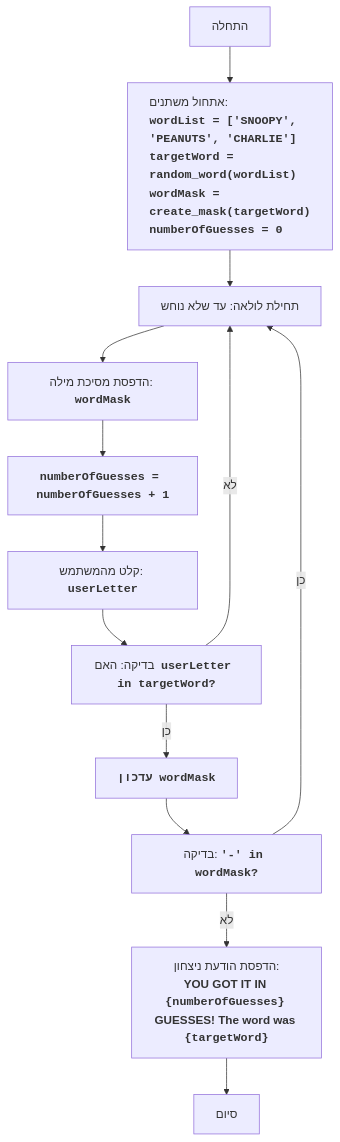
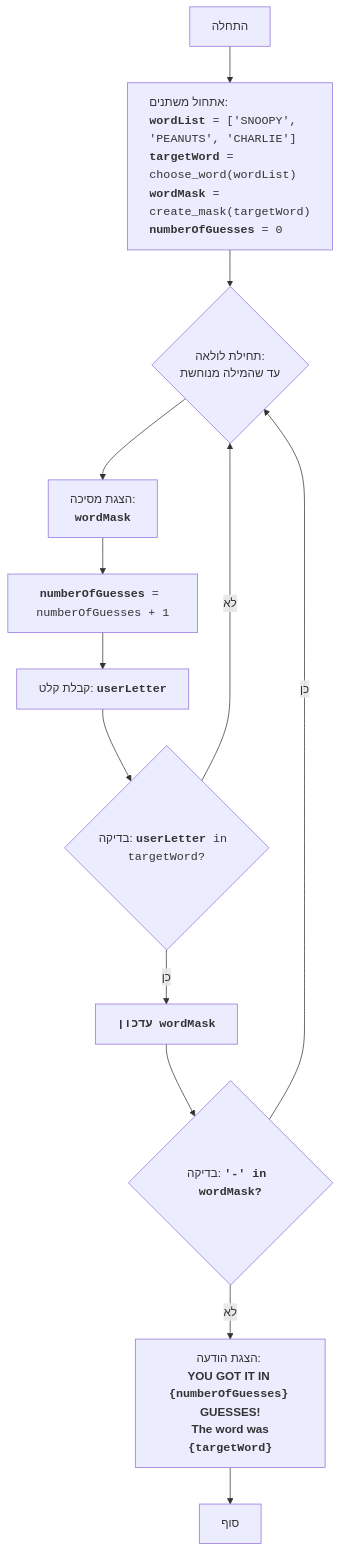
One commit to hypo69/hypo changed the diagram in docs/gemini/he/explainer/src/endpoints/ai_games/101_basic_computer_games/ru/GAMES/SNOOPY/snoopy.py.md. Above: the diagram before and after it, drawn with Mermaid. The commit also changed other lines of this file and 885 other files, not shown here.

````diff
--- a/docs/gemini/he/explainer/src/endpoints/ai_games/101_basic_computer_games/ru/GAMES/SNOOPY/snoopy.py.md
+++ b/docs/gemini/he/explainer/src/endpoints/ai_games/101_basic_computer_games/ru/GAMES/SNOOPY/snoopy.py.md
@@ -25,15 +34,15 @@
 ```mermaid
 flowchart TD
-    Start["התחלה"] --> InitializeVariables["<p align='left'>אתחול משתנים:<br><code><b>wordList = ['SNOOPY', 'PEANUTS', 'CHARLIE']</b></code><br><code><b>targetWord = random_word(wordList)</b></code><br><code><b>wordMask = create_mask(targetWord)</b></code><br><code><b>numberOfGuesses = 0</b></code></p>"]
-    InitializeVariables --> LoopStart["תחילת לולאה: עד שלא נוחש"]
-    LoopStart --> OutputMask["הדפסת מסיכת מילה: <code><b>wordMask</b></code>"]
-    OutputMask --> IncreaseGuesses["<code><b>numberOfGuesses = numberOfGuesses + 1</b></code>"]
-    IncreaseGuesses --> InputLetter["קלט מהמשתמש: <code><b>userLetter</b></code>"]
-    InputLetter --> CheckLetter["בדיקה: האם  <code><b>userLetter in targetWord?</b></code>"]
-    CheckLetter -- כן --> UpdateMask["<code><b>עדכון wordMask</b></code>"]
-    UpdateMask --> CheckWin["בדיקה: <code><b>'-' in wordMask?</b></code>"]
-    CheckWin -- כן --> LoopStart
-    CheckWin -- לא --> OutputWin["הדפסת הודעת ניצחון:<br><b>YOU GOT IT IN <code>{numberOfGuesses}</code> GUESSES! The word was <code>{targetWord}</code></b>"]
-    OutputWin --> End["סיום"]
-    CheckLetter -- לא --> LoopStart
+    Start["התחלה"] --> InitializeVariables["<p align='left'>אתחול משתנים:<br><code><b>wordList</b> = ['SNOOPY', 'PEANUTS', 'CHARLIE']</code><br><code><b>targetWord</b> = choose_word(wordList)</code><br><code><b>wordMask</b> = create_mask(targetWord)</code><br><code><b>numberOfGuesses</b> = 0</code></p>"]
+    InitializeVariables --> LoopStart{"תחילת לולאה: <br>עד שהמילה מנוחשת"}
+    LoopStart --> OutputMask["הצגת מסיכה: <br><code><b>wordMask</b></code>"]
+    OutputMask --> IncreaseGuesses["<code><b>numberOfGuesses</b> = numberOfGuesses + 1</code>"]
+    IncreaseGuesses --> InputLetter["קבלת קלט: <code><b>userLetter</b></code>"]
+    InputLetter --> CheckLetter{"בדיקה: <code><b>userLetter</b> in targetWord?</code>"}
+    CheckLetter -- "כן" --> UpdateMask["<code><b>עדכון wordMask</b></code>"]
+    UpdateMask --> CheckWin{"בדיקה: <code><b>'-' in wordMask?</b></code>"}
+    CheckWin -- "כן" --> LoopStart
+    CheckWin -- "לא" --> OutputWin["הצגת הודעה: <b><br>YOU GOT IT IN <code>{numberOfGuesses}</code> GUESSES!<br> The word was <code>{targetWord}</code></b>"]
+    OutputWin --> End["סוף"]
+    CheckLetter -- "לא" --> LoopStart
 ```
````
